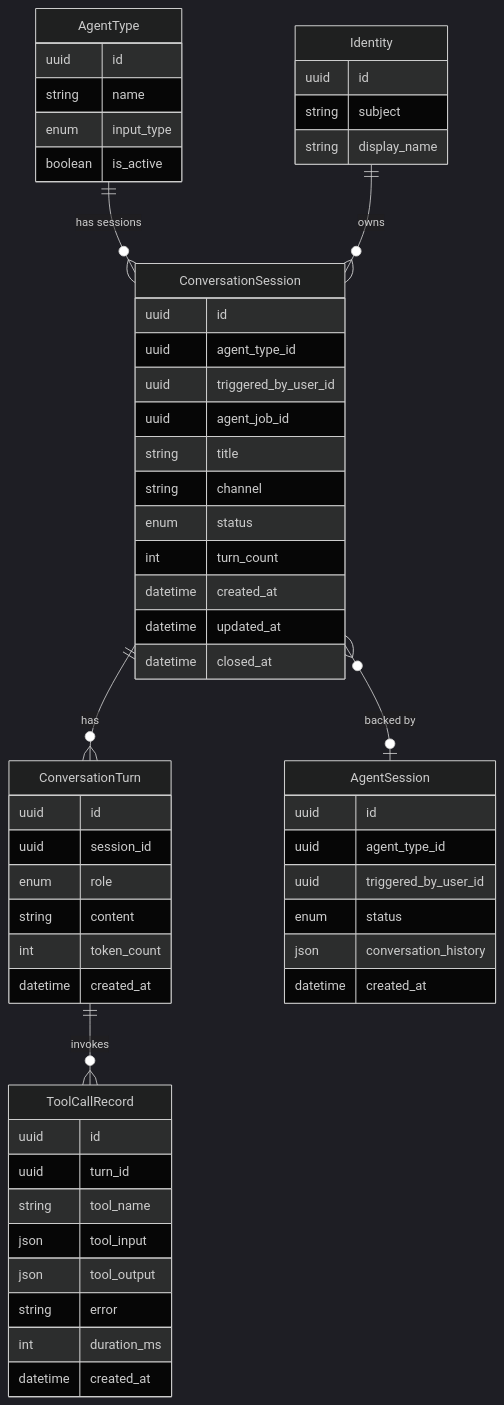
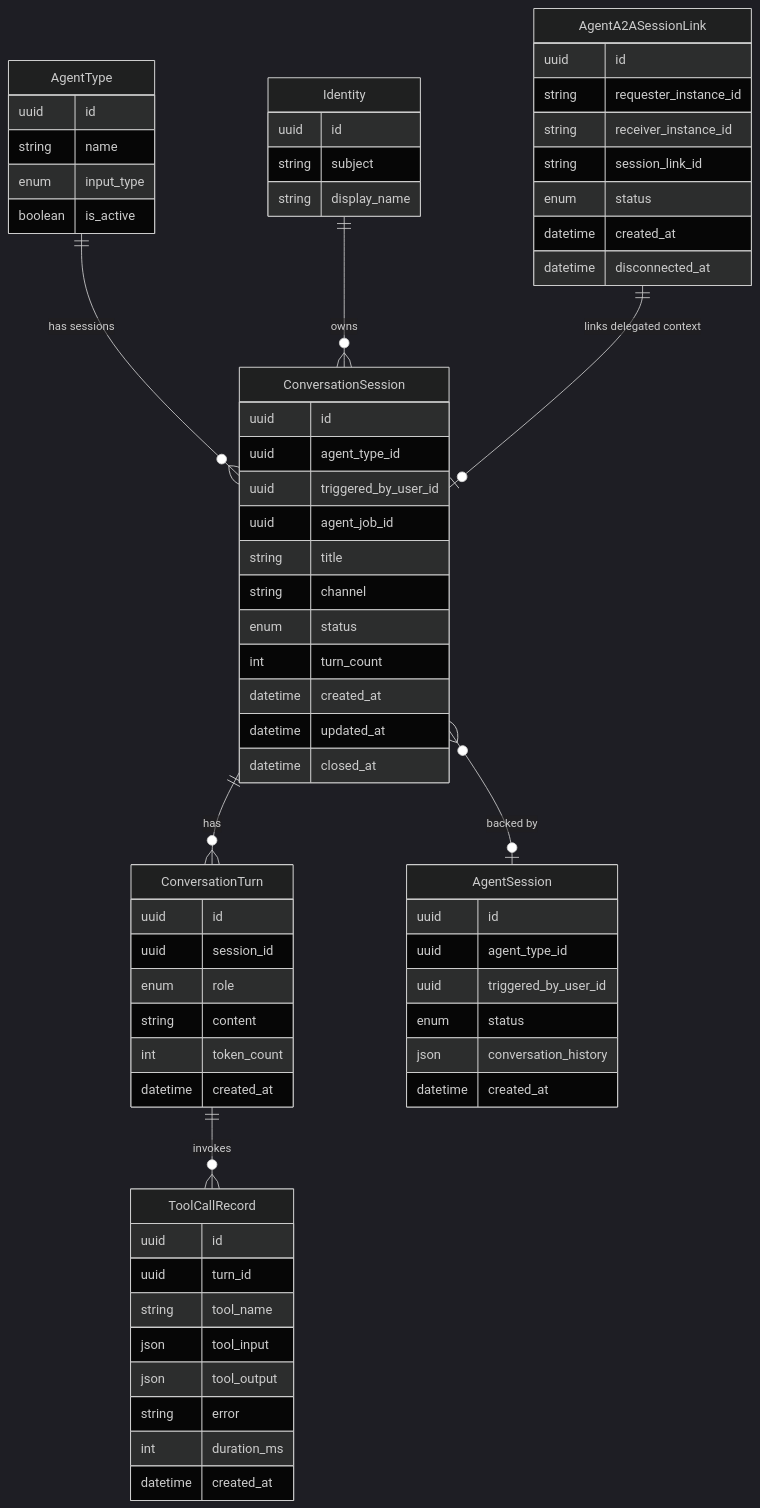
Before and after one commit to hurungang/parthenon: the diagram in docs/master/data-model/modules/communication/entities.md, drawn with Mermaid (dark theme). The commit also changed other lines of this file and 170 other files, not shown here.

````diff
--- a/docs/master/data-model/modules/communication/entities.md
+++ b/docs/master/data-model/modules/communication/entities.md
@@ -3,59 +3,69 @@
 ```mermaid
 erDiagram
     ConversationSession {
         uuid id
         uuid agent_type_id
         uuid triggered_by_user_id
         uuid agent_job_id
         string title
         string channel
         enum status
         int turn_count
         datetime created_at
         datetime updated_at
         datetime closed_at
     }
     ConversationTurn {
         uuid id
         uuid session_id
         enum role
         string content
         int token_count
         datetime created_at
     }
     ToolCallRecord {
         uuid id
         uuid turn_id
         string tool_name
         json tool_input
         json tool_output
         string error
         int duration_ms
         datetime created_at
     }
+    AgentA2ASessionLink {
+        uuid id
+        string requester_instance_id
+        string receiver_instance_id
+        string session_link_id
+        enum status
+        datetime created_at
+        datetime disconnected_at
+    }
     AgentType {
         uuid id
         string name
         enum input_type
         boolean is_active
     }
     AgentSession {
         uuid id
         uuid agent_type_id
         uuid triggered_by_user_id
         enum status
         json conversation_history
         datetime created_at
     }
     Identity {
         uuid id
         string subject
         string display_name
     }
 
     AgentType ||--o{ ConversationSession : "has sessions"
     Identity ||--o{ ConversationSession : "owns"
     ConversationSession }o--o| AgentSession : "backed by"
     ConversationSession ||--o{ ConversationTurn : "has"
     ConversationTurn ||--o{ ToolCallRecord : "invokes"
+    AgentA2ASessionLink ||--o| ConversationSession : "links delegated context"
 ```
````
